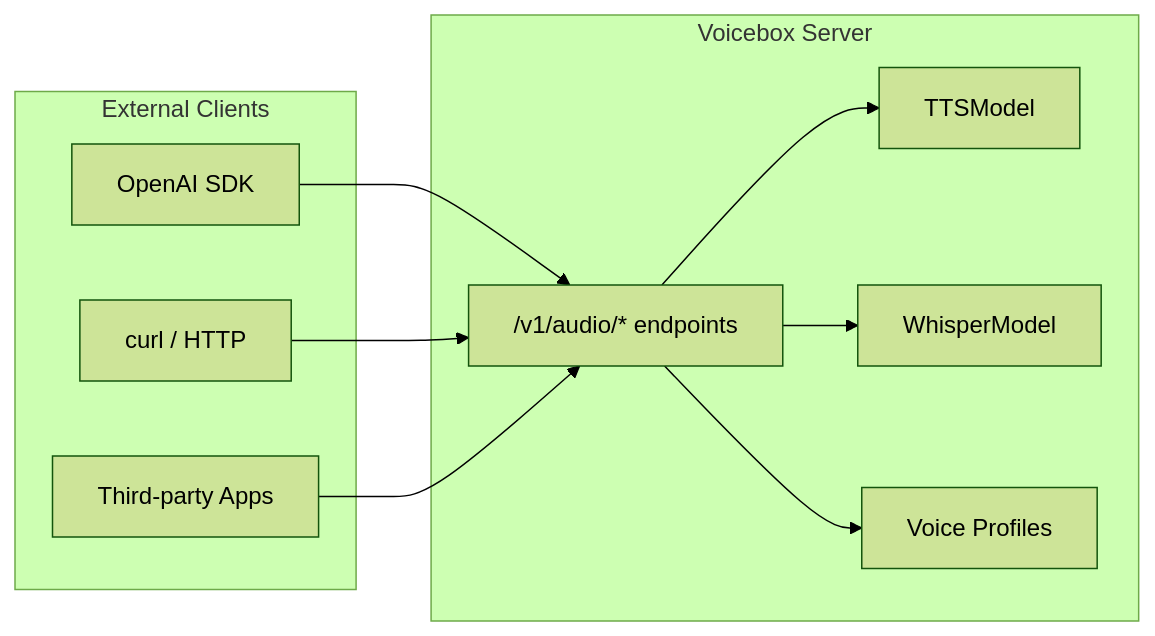
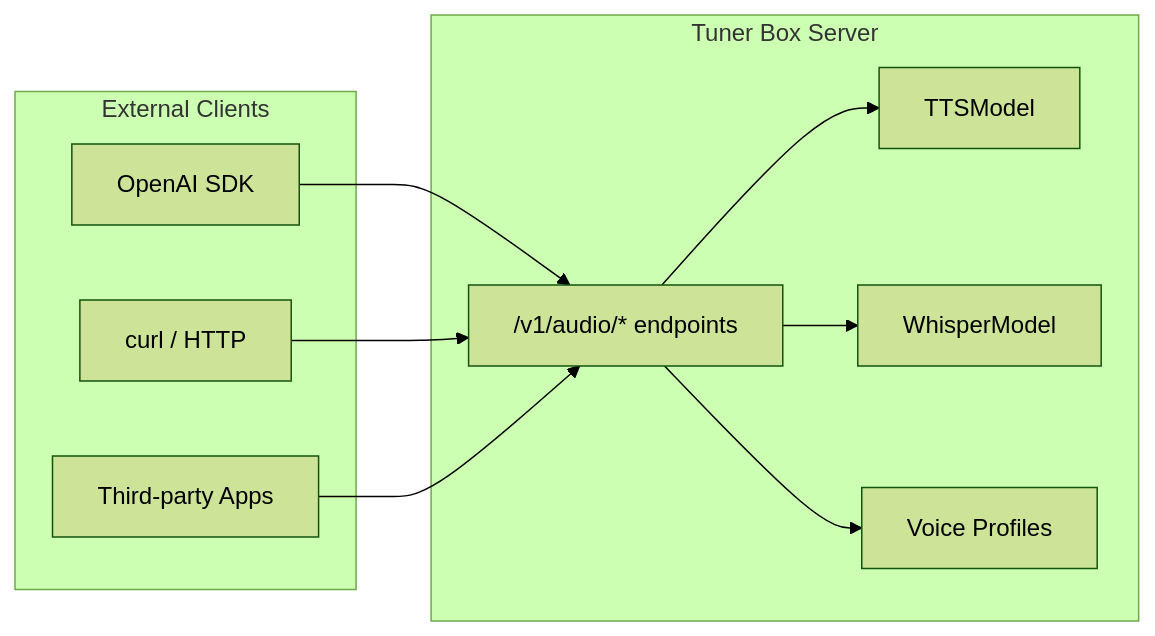
The diagram in docs/plans/OPENAI_SUPPORT.md (kartikrathee/tuner-box), drawn with Mermaid (forest theme) before and after one commit. The commit also changed other lines of this file and 202 other files, not shown here.

First line of the commit message:
Rebrand Voicebox as Tuner Box

````diff
--- a/docs/plans/OPENAI_SUPPORT.md
+++ b/docs/plans/OPENAI_SUPPORT.md
@@ -11,22 +11,22 @@
 ```mermaid
 flowchart LR
     subgraph clients [External Clients]
         SDK[OpenAI SDK]
         Curl[curl / HTTP]
         Apps[Third-party Apps]
     end
     
-    subgraph voicebox [Voicebox Server]
+    subgraph tuner-box [Tuner Box Server]
         OpenAI["/v1/audio/* endpoints"]
         TTS[TTSModel]
         Whisper[WhisperModel]
         Profiles[Voice Profiles]
     end
     
     SDK --> OpenAI
     Curl --> OpenAI
     Apps --> OpenAI
     OpenAI --> TTS
     OpenAI --> Whisper
     OpenAI --> Profiles
 ```
````
